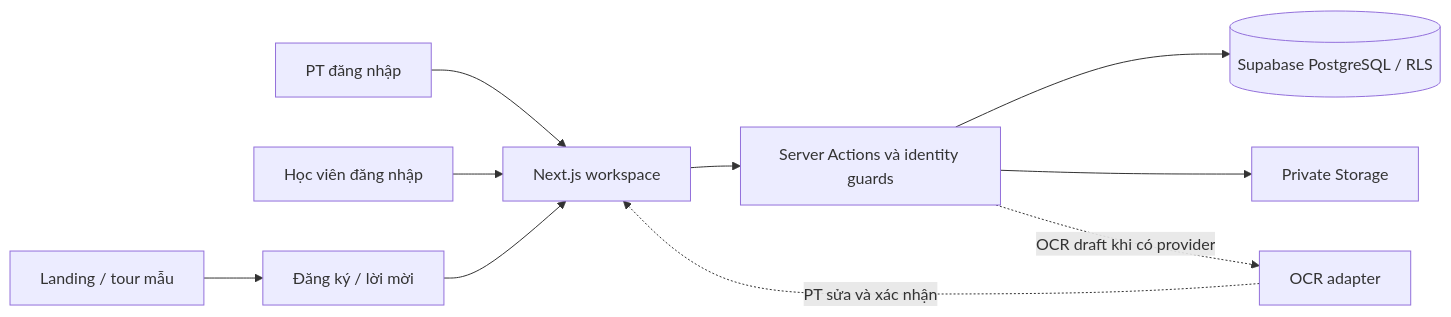
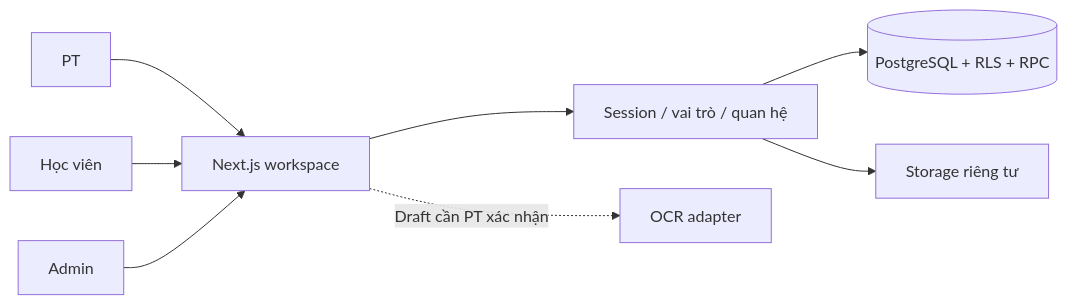
The diagram in docs/ARCHITECTURE.md (Team-SafeTrail/fitsync-app), drawn with Mermaid before and after one commit. The commit also changed other lines of this file and 91 other files, not shown here.

````diff
--- a/docs/ARCHITECTURE.md
+++ b/docs/ARCHITECTURE.md
@@ -22,12 +21,10 @@
 ```mermaid
 flowchart LR
-  PT[PT đăng nhập] --> WEB[Next.js workspace]
-  HV[Học viên đăng nhập] --> WEB
-  WEB --> SA[Server Actions và identity guards]
-  SA --> DB[(Supabase PostgreSQL / RLS)]
-  SA --> ST[Private Storage]
-  SA -. OCR draft khi có provider .-> OCR[OCR adapter]
-  OCR -. PT sửa và xác nhận .-> WEB
-  PUB[Landing / tour mẫu] --> REG[Đăng ký / lời mời]
-  REG --> WEB
+  PT[PT] --> WEB[Next.js workspace]
+  HV[Học viên] --> WEB
+  AD[Admin] --> WEB
+  WEB --> GUARD[Session / vai trò / quan hệ]
+  GUARD --> DB[(PostgreSQL + RLS + RPC)]
+  GUARD --> MEDIA[Storage riêng tư]
+  WEB -. Draft cần PT xác nhận .-> OCR[OCR adapter]
 ```
````
